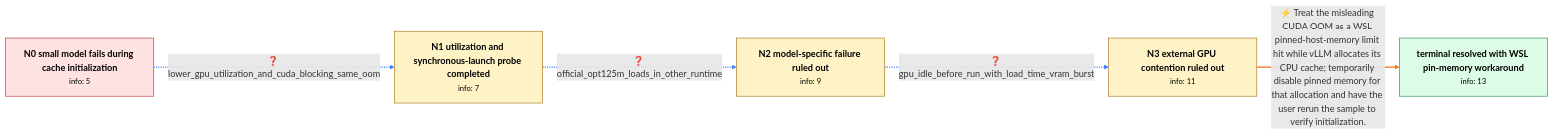
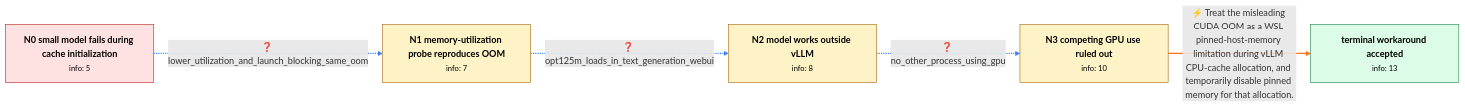
Before and after one commit to Chaoyi-He1/graph_bench: the diagram in data/github_v0/review/gh_vllm-project_vllm_188.md, drawn with Mermaid. The commit also changed other lines of this file and 3901 other files, not shown here.

````diff
--- a/data/github_v0/review/gh_vllm-project_vllm_188.md
+++ b/data/github_v0/review/gh_vllm-project_vllm_188.md
@@ -10,24 +10,24 @@
 ```mermaid
 flowchart LR
     N0["<b>N0 small model fails during cache initialization</b><br/><small>info: 5</small>"]
-    N1["<b>N1 utilization and synchronous-launch probe completed</b><br/><small>info: 7</small>"]
-    N2["<b>N2 model-specific failure ruled out</b><br/><small>info: 9</small>"]
-    N3["<b>N3 external GPU contention ruled out</b><br/><small>info: 11</small>"]
-    N_terminal["<b>terminal resolved with WSL pin-memory workaround</b><br/><small>info: 13</small>"]
-    N0 -.->|"❓ lower_gpu_utilization_and_cuda_blocking_same_oom"| N1
+    N1["<b>N1 memory-utilization probe reproduces OOM</b><br/><small>info: 7</small>"]
+    N2["<b>N2 model works outside vLLM</b><br/><small>info: 8</small>"]
+    N3["<b>N3 competing GPU use ruled out</b><br/><small>info: 10</small>"]
+    N_terminal["<b>terminal workaround accepted</b><br/><small>info: 13</small>"]
+    N0 -.->|"❓ lower_utilization_and_launch_blocking_same_oom"| N1
     linkStyle 0 stroke:#3b82f6,stroke-width:2px
-    N1 -.->|"❓ official_opt125m_loads_in_other_runtime"| N2
+    N1 -.->|"❓ opt125m_loads_in_text_generation_webui"| N2
     linkStyle 1 stroke:#3b82f6,stroke-width:2px
-    N2 -.->|"❓ gpu_idle_before_run_with_load_time_vram_burst"| N3
+    N2 -.->|"❓ no_other_process_using_gpu"| N3
     linkStyle 2 stroke:#3b82f6,stroke-width:2px
-    N3 ==>|"⚡ Treat the misleading CUDA OOM as a WSL pinned-host-memory limit hit while vLLM allocates its CPU cache; temporarily disable pinned memory for that allocation and have the user rerun the sample to verify initialization."| N_terminal
+    N3 ==>|"⚡ Treat the misleading CUDA OOM as a WSL pinned-host-memory limitation during vLLM CPU-cache allocation, and temporarily disable pinned memory for that allocation."| N_terminal
     linkStyle 3 stroke:#f97316,stroke-width:2px
     class N0 start
     class N1 normal
     class N2 normal
     class N3 normal
     class N_terminal terminal
     classDef start fill:#fee2e2,stroke:#b91c1c,color:#000
     classDef terminal fill:#dcfce7,stroke:#15803d,color:#000
     classDef normal fill:#fef3c7,stroke:#a16207,color:#000
 ```
````
